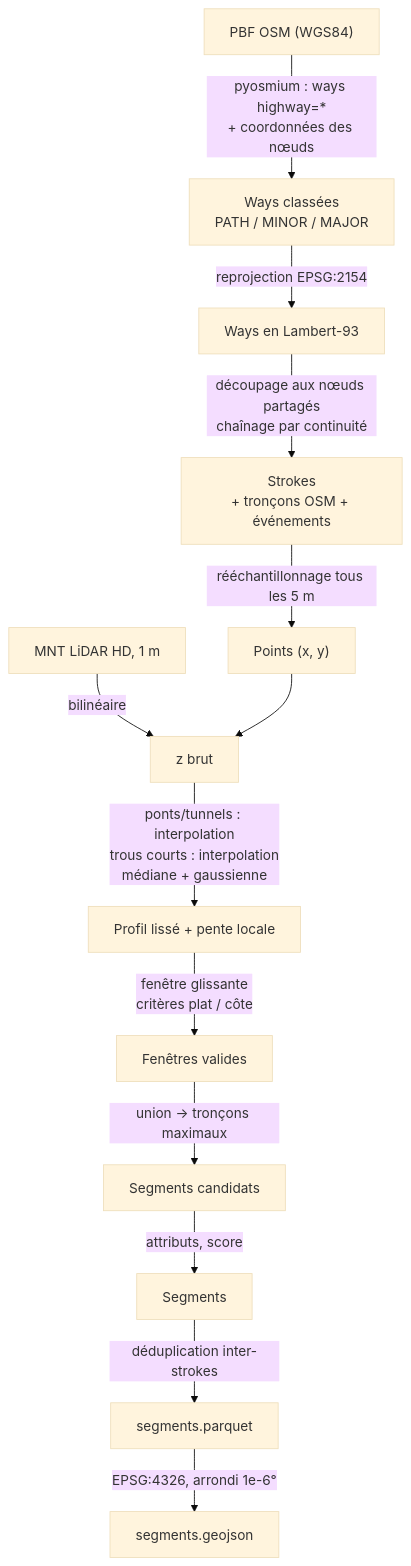
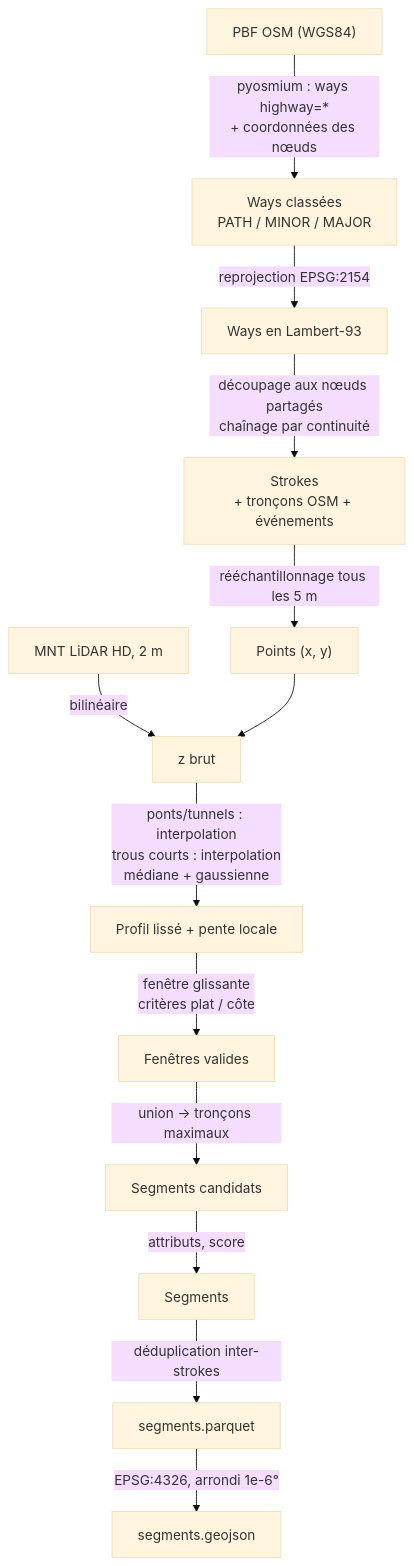
One commit to jsilobre/Flat-segments changed the fourth of 4 diagrams in docs/architecture.md. Above: the diagram before and after it, drawn with Mermaid (base theme). The commit also changed other lines of this file and 7 other files, not shown here.

````diff
--- a/docs/architecture.md
+++ b/docs/architecture.md
@@ -222,15 +222,15 @@
 ```mermaid
 flowchart TD
     A["PBF OSM (WGS84)"] -->|"pyosmium : ways highway=*<br/>+ coordonnées des nœuds"| B["Ways classées<br/>PATH / MINOR / MAJOR"]
     B -->|"reprojection EPSG:2154"| C["Ways en Lambert-93"]
     C -->|"découpage aux nœuds partagés<br/>chaînage par continuité"| D["Strokes<br/>+ tronçons OSM + événements"]
     D -->|"rééchantillonnage tous les 5 m"| E["Points (x, y)"]
-    F["MNT LiDAR HD, 1 m"] -->|bilinéaire| G["z brut"]
+    F["MNT LiDAR HD, 2 m"] -->|bilinéaire| G["z brut"]
     E --> G
     G -->|"ponts/tunnels : interpolation<br/>trous courts : interpolation<br/>médiane + gaussienne"| H["Profil lissé + pente locale"]
     H -->|"fenêtre glissante<br/>critères plat / côte"| I["Fenêtres valides"]
     I -->|"union → tronçons maximaux"| J["Segments candidats"]
     J -->|"attributs, score"| K["Segments"]
     K -->|"déduplication inter-strokes"| L["segments.parquet"]
     L -->|"EPSG:4326, arrondi 1e-6°"| M["segments.geojson"]
 ```
````
